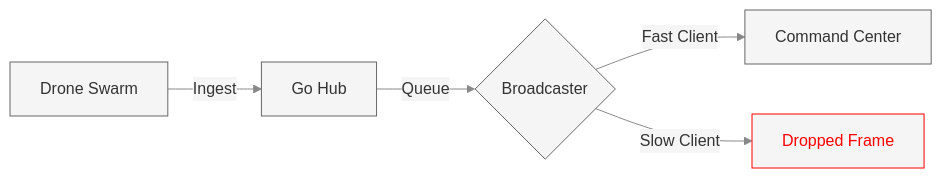
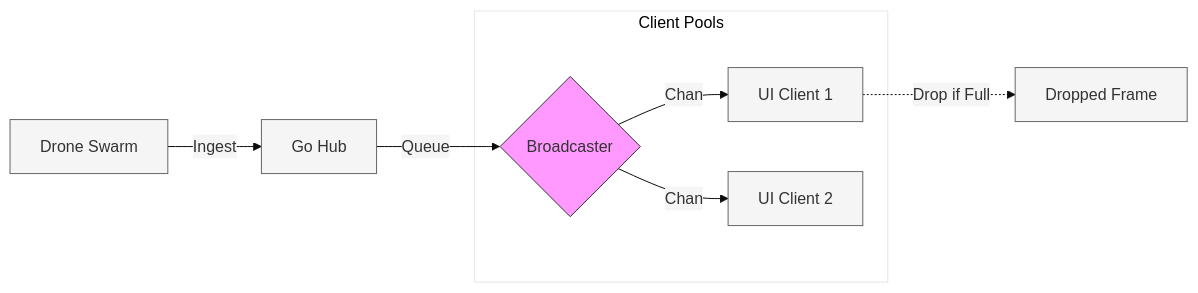
One commit to Minhen96/vhack changed the diagram in drone-sim-server/README.md. Above: the diagram before and after it, drawn with Mermaid. The commit also changed other lines of this file and 3 other files, not shown here.

````diff
--- a/drone-sim-server/README.md
+++ b/drone-sim-server/README.md
@@ -12,10 +25,14 @@
 ```mermaid
-%%{init: {'theme': 'base', 'themeVariables': { 'primaryColor': '#f5f5f5', 'primaryTextColor': '#333', 'primaryBorderColor': '#666', 'lineColor': '#888' }}}%%
+%%{init: {'theme': 'base', 'themeVariables': { 'primaryColor': '#f5f5f5', 'primaryTextColor': '#333', 'primaryBorderColor': '#666' }}}%%
 flowchart LR
     D[Drone Swarm] -->|Ingest| H[Go Hub]
     H -->|Queue| B{Broadcaster}
-    B -->|Fast Client| UI[Command Center]
-    B -->|Slow Client| X[Dropped Frame]
     
-    style X color:#f00,stroke:#f00
+    subgraph Client_Pools [Client Pools]
+        B -->|Chan| U1[UI Client 1]
+        B -->|Chan| U2[UI Client 2]
+    end
+    
+    style B fill:#f9f,stroke:#333
+    U1 -.->|Drop if Full| Dropped[Dropped Frame]
 ```
````
